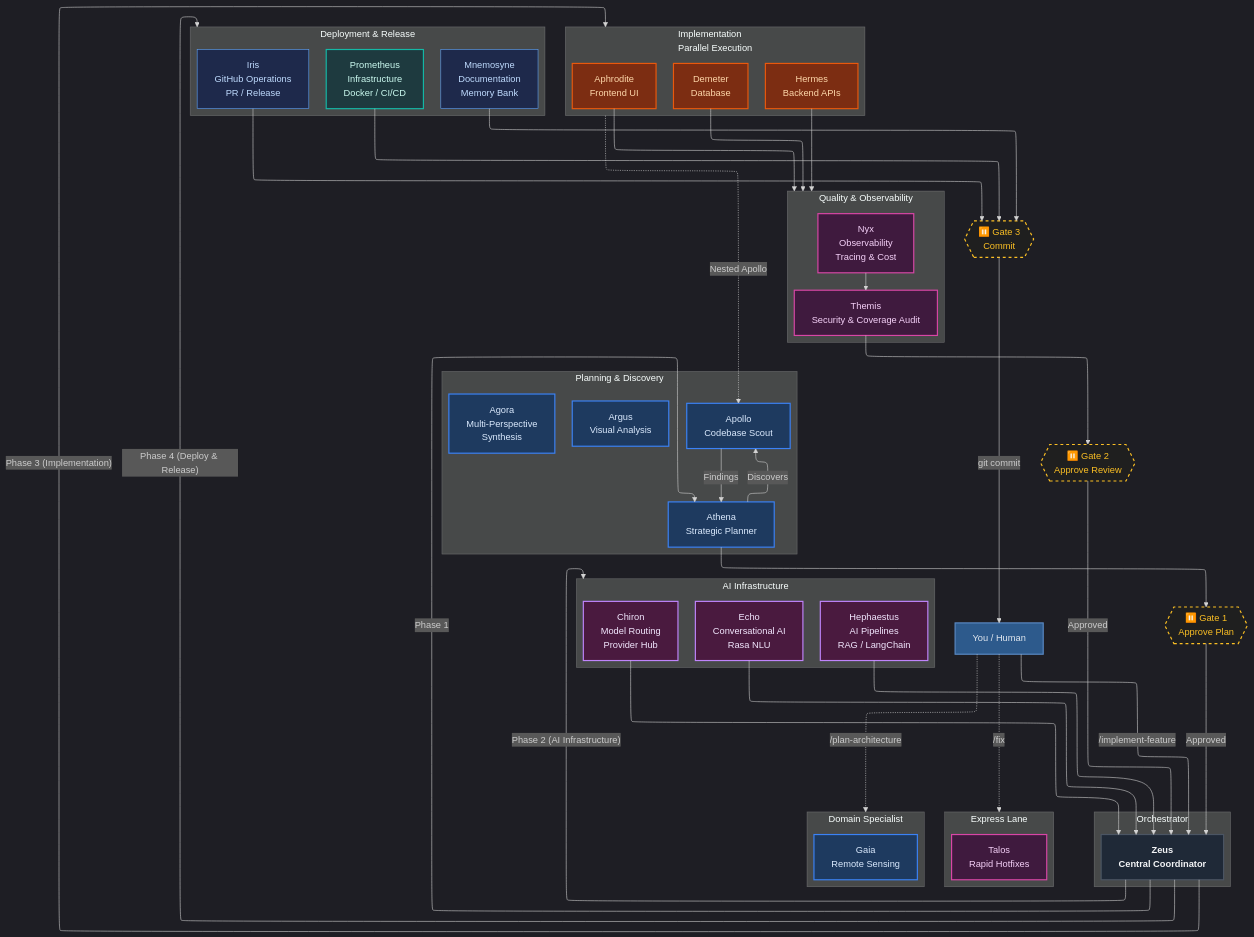
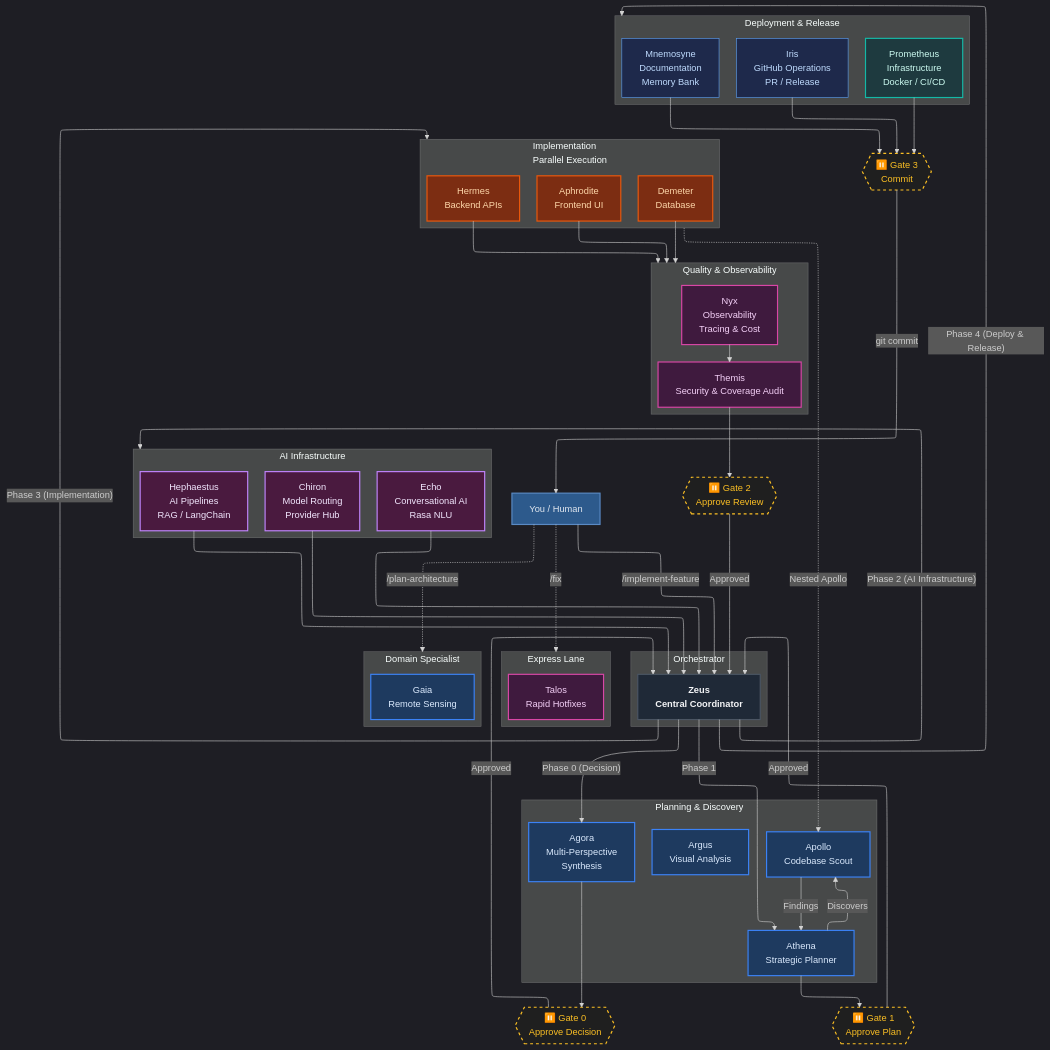
One commit to ils15/pantheon changed the first of 2 diagrams in README.md. Above: the diagram before and after it, drawn with Mermaid. The commit also changed other lines of this file and 50 other files, not shown here.

```diff
--- a/README.md
+++ b/README.md
@@ -94,6 +94,7 @@
     classDef gate fill:#1f1f1f,stroke:#fbbf24,stroke-width:2px,color:#fbbf24,stroke-dasharray: 5 5
 
     User["You / Human"]:::user
+    Gate0{{"⏸️ Gate 0<br/>Approve Decision"}}:::gate
     Gate1{{"⏸️ Gate 1<br/>Approve Plan"}}:::gate
     Gate2{{"⏸️ Gate 2<br/>Approve Review"}}:::gate
     Gate3{{"⏸️ Gate 3<br/>Commit"}}:::gate
@@ -103,8 +104,8 @@
     end
 
     subgraph Plan["Planning & Discovery"]
+        Agora["Agora<br/>Multi-Perspective<br/>Synthesis"]:::planner
         Athena["Athena<br/>Strategic Planner"]:::planner
-        Agora["Agora<br/>Multi-Perspective<br/>Synthesis"]:::planner
         Apollo["Apollo<br/>Codebase Scout"]:::planner
         Argus["Argus<br/>Visual Analysis"]:::planner
     end
@@ -141,6 +142,9 @@
     end
 
     User -->|"/implement-feature"| Zeus
+    Zeus -->|"Phase 0 (Decision)"| Agora
+    Agora --> Gate0
+    Gate0 -->|Approved| Zeus
     Zeus -->|Phase 1| Athena
     Athena -->|Discovers| Apollo
     Apollo -->|Findings| Athena
```
